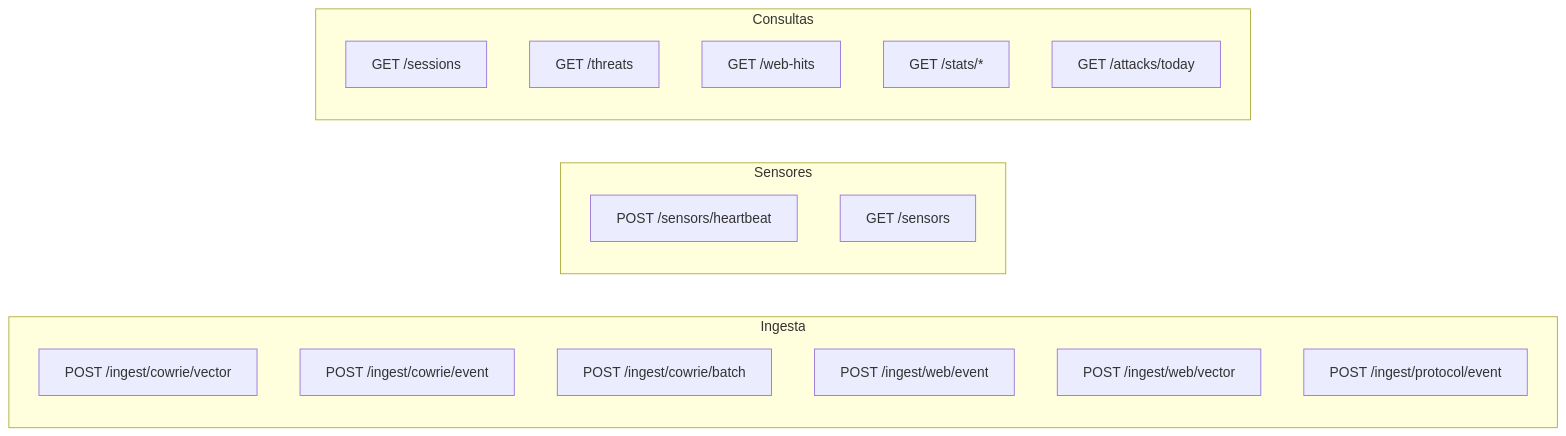
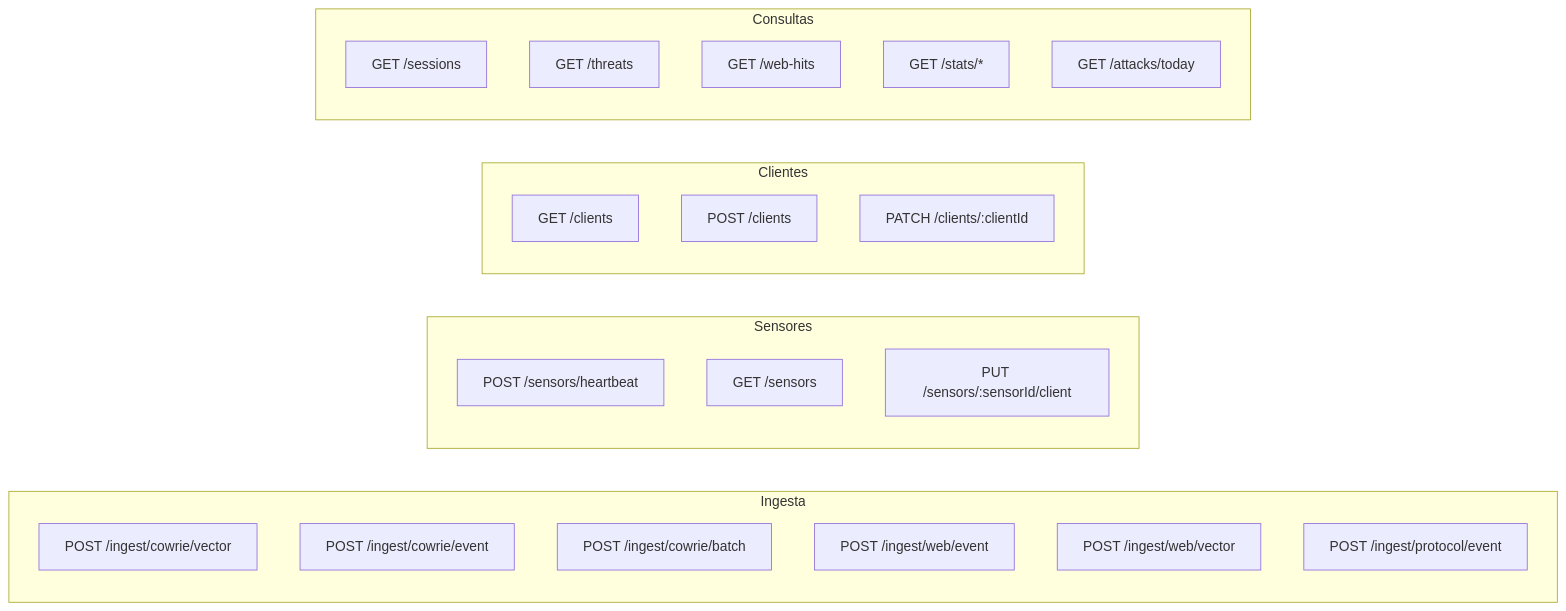
The diagram in apps/docs/src/content/docs/api-reference.md (elrichi31/honeypot-ai), drawn with Mermaid before and after one commit. The commit also changed other lines of this file and 23 other files, not shown here.

First line of the commit message:
feat: Implement multi-client support with sensor auto-assignment and event forwarding

````diff
--- a/apps/docs/src/content/docs/api-reference.md
+++ b/apps/docs/src/content/docs/api-reference.md
@@ -18,22 +18,28 @@
 ```mermaid
 graph LR
     subgraph Ingesta
         I1[POST /ingest/cowrie/vector]
         I2[POST /ingest/cowrie/event]
         I3[POST /ingest/cowrie/batch]
         I4[POST /ingest/web/event]
         I5[POST /ingest/web/vector]
         I6[POST /ingest/protocol/event]
     end
     subgraph Sensores
         S1[POST /sensors/heartbeat]
         S2[GET /sensors]
+        S3[PUT /sensors/:sensorId/client]
+    end
+    subgraph Clientes
+        C1[GET /clients]
+        C2[POST /clients]
+        C3[PATCH /clients/:clientId]
     end
     subgraph Consultas
         Q1[GET /sessions]
         Q2[GET /threats]
         Q3[GET /web-hits]
         Q4[GET /stats/*]
         Q5[GET /attacks/today]
     end
 ```
````
